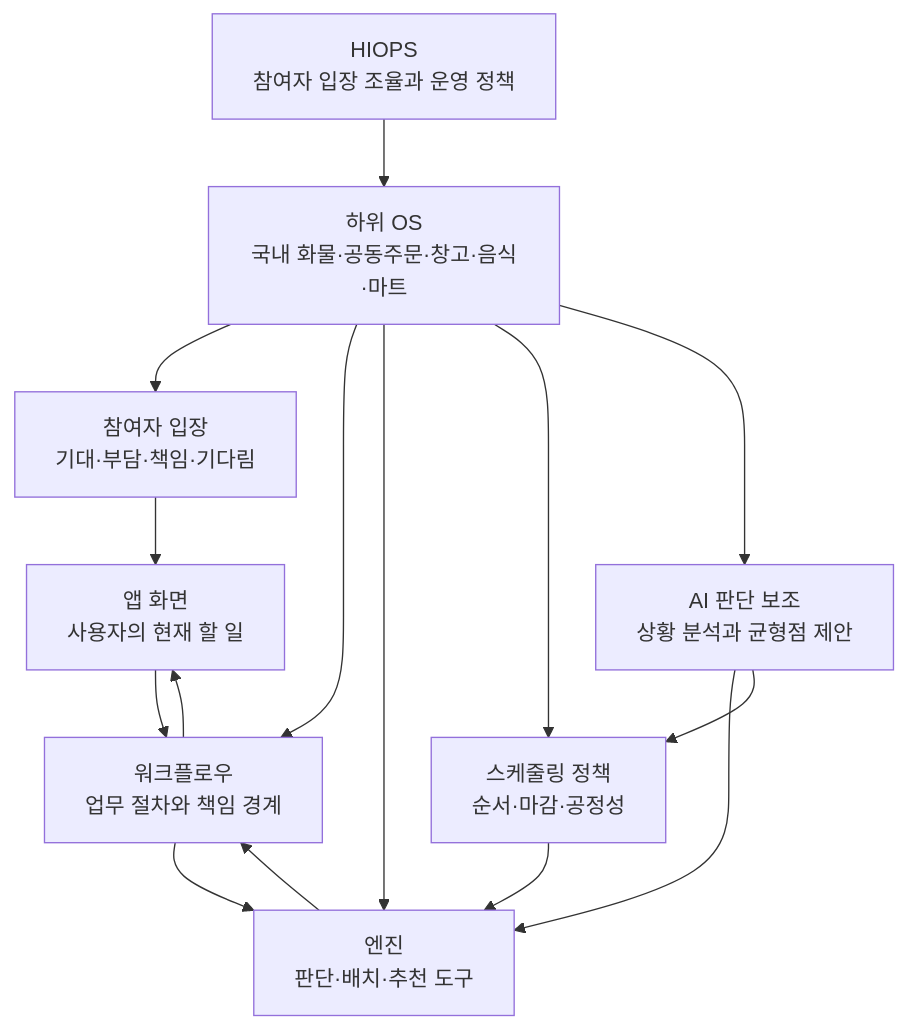
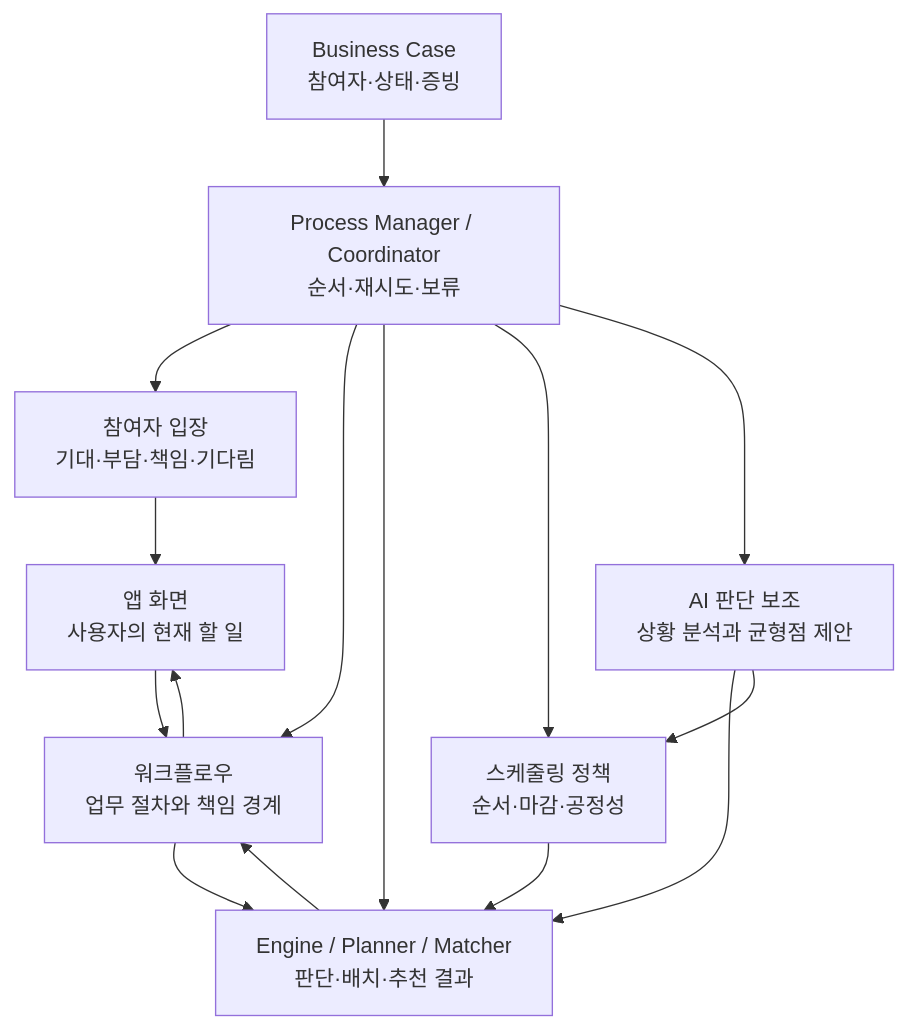
One commit to cheolwo/hongdal changed the first of 5 diagrams in docs/Architecture/EngineOverview.md. Above: the diagram before and after it, drawn with Mermaid. The commit also changed other lines of this file and 23 other files, not shown here.

````diff
--- a/docs/Architecture/EngineOverview.md
+++ b/docs/Architecture/EngineOverview.md
@@ -23,26 +25,26 @@
 ```mermaid
 flowchart TD
-    HIOPS["HIOPS<br/>참여자 입장 조율과 운영 정책"]
-    OS["하위 OS<br/>국내 화물·공동주문·창고·음식·마트"]
+    Case["Business Case<br/>참여자·상태·증빙"]
+    Coordinator["Process Manager / Coordinator<br/>순서·재시도·보류"]
     Standpoint["참여자 입장<br/>기대·부담·책임·기다림"]
     Workflow["워크플로우<br/>업무 절차와 책임 경계"]
-    Engine["엔진<br/>판단·배치·추천 도구"]
+    Engine["Engine / Planner / Matcher<br/>판단·배치·추천 결과"]
     AI["AI 판단 보조<br/>상황 분석과 균형점 제안"]
     App["앱 화면<br/>사용자의 현재 할 일"]
     Policy["스케줄링 정책<br/>순서·마감·공정성"]
 
-    HIOPS --> OS
-    OS --> Standpoint
+    Case --> Coordinator
+    Coordinator --> Standpoint
     Standpoint --> App
-    OS --> Workflow
-    OS --> Engine
-    OS --> Policy
-    OS --> AI
+    Coordinator --> Workflow
+    Coordinator --> Engine
+    Coordinator --> Policy
+    Coordinator --> AI
     Workflow --> App
     App --> Workflow
     Workflow --> Engine
     AI --> Engine
     AI --> Policy
     Engine --> Workflow
     Policy --> Engine
 ```
````
